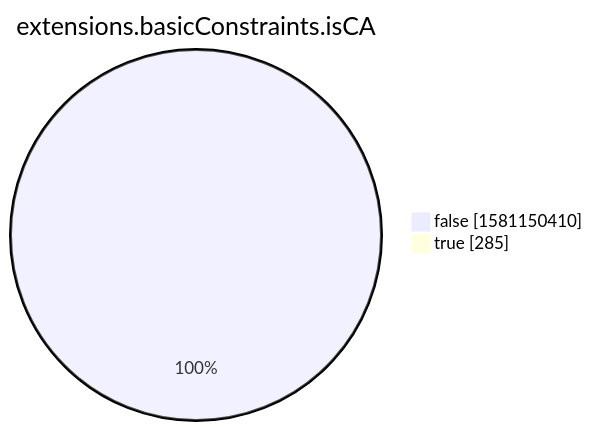
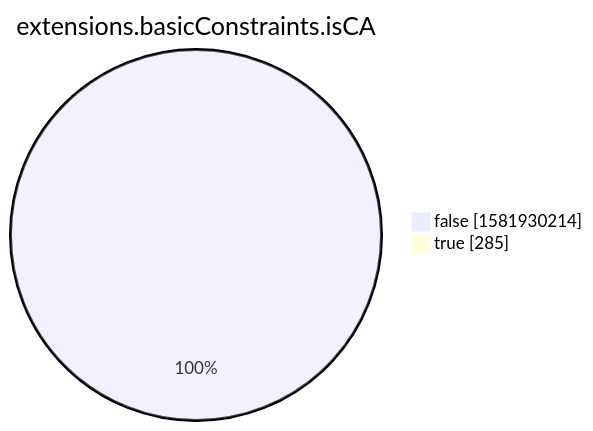
Before and after one commit to christiankrug/ctmonitor_visualization: the eighth of 15 diagrams in xenon2022/README.md, drawn with Mermaid. The commit also changed other lines of this file, not shown here.

````diff
--- a/xenon2022/README.md
+++ b/xenon2022/README.md
@@ -2861,6 +2862,6 @@
 ```mermaid
 pie showData
 title extensions.basicConstraints.isCA
-"false" :1581150410
+"false" :1581930214
 "true" :285
 ```
````
